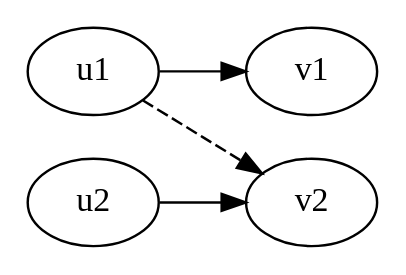
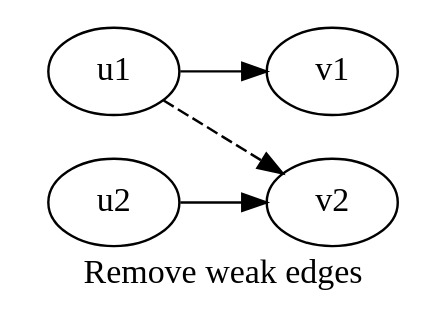
Before and after one commit to sjackman/abyss-scaffold-paper: the diagram in weakedge.dot, drawn with Graphviz. The commit also changed 7 other files, not shown here.

Commit message:
Create a montage of the graph patterns

```diff
--- a/weakedge.dot
+++ b/weakedge.dot
@@ -1,6 +1,7 @@
 digraph "weakedge" {
+label = "Remove weak edges"
 graph [rankdir="LR"]
 u1 -> v1
 u2 -> v2
 u1 -> v2 [style="dashed"]
 }
```
